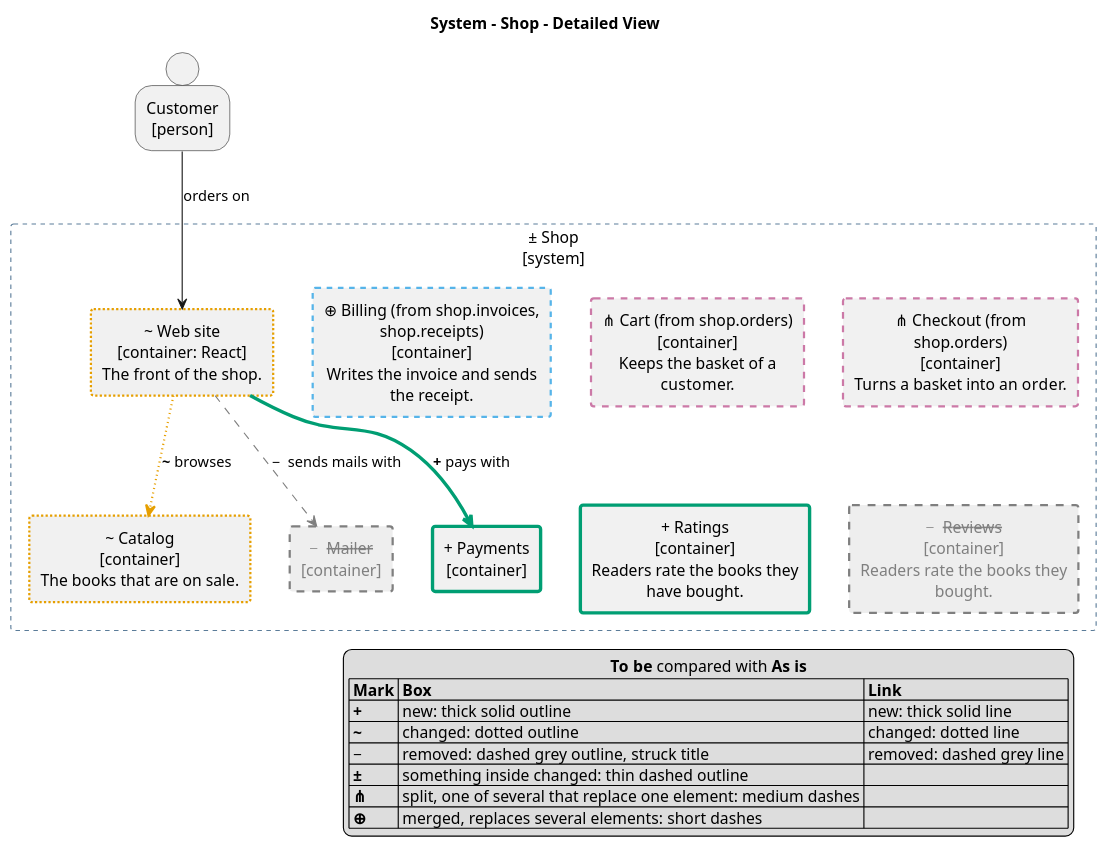
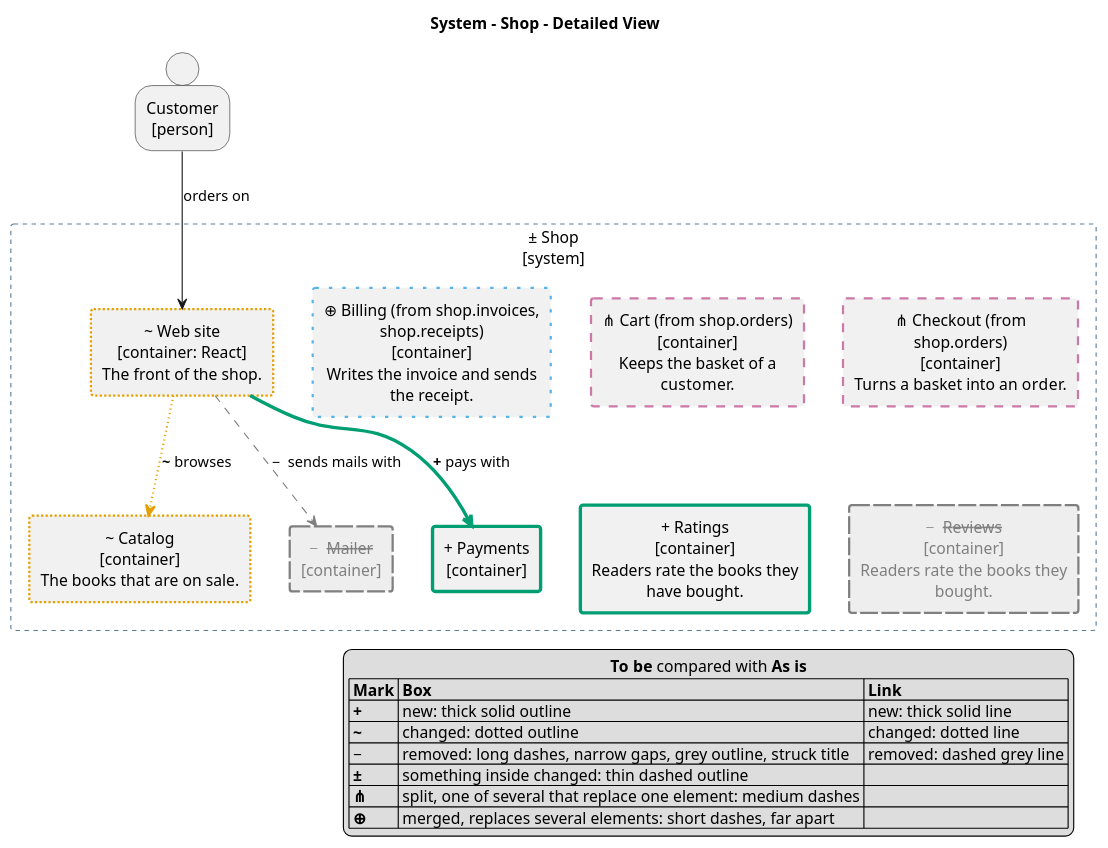
Before and after one commit to tmorin/archicode: the diagram in src/doc/examples/domain_plateaus/views-to-be-vs-as-is/plantuml/application/shop-detailed.puml, drawn with PlantUML. The commit also changed 17 other files, not shown here.

First line of the commit message:
feat: removed, split and merged are drawn with a dash and a gap that tell them apart (16-3, 8-8, 3-9) in the generated views and the editor, a style can carry a line-gap, and the keys and the manual say the same lines

```diff
--- a/src/doc/examples/domain_plateaus/views-to-be-vs-as-is/plantuml/application/shop-detailed.puml
+++ b/src/doc/examples/domain_plateaus/views-to-be-vs-as-is/plantuml/application/shop-detailed.puml
@@ -71,10 +71,10 @@
 |= Mark |= Box |= Link |
 | **+** | new: thick solid outline | new: thick solid line |
 | **<U+007E>** | changed: dotted outline | changed: dotted line |
-| **<U+2212>** | removed: dashed grey outline, struck title | removed: dashed grey line |
+| **<U+2212>** | removed: long dashes, narrow gaps, grey outline, struck title | removed: dashed grey line |
 | **<U+00B1>** | something inside changed: thin dashed outline | |
 | **<U+22D4>** | split, one of several that replace one element: medium dashes | |
-| **<U+2295>** | merged, replaces several elements: short dashes | |
+| **<U+2295>** | merged, replaces several elements: short dashes, far apart | |
 endlegend
 <style>
 .changed {
@@ -188,7 +188,7 @@
 .merged {
 actor {
 LineColor: #56B4E9
-LineStyle: 5
+LineStyle: 3-9
 LineThickness: 2
 }
 }
@@ -197,7 +197,7 @@
 .merged {
 card {
 LineColor: #56B4E9
-LineStyle: 5
+LineStyle: 3-9
 LineThickness: 2
 }
 }
@@ -206,7 +206,7 @@
 .merged {
 database {
 LineColor: #56B4E9
-LineStyle: 5
+LineStyle: 3-9
 LineThickness: 2
 }
 }
@@ -215,7 +215,7 @@
 .merged {
 node {
 LineColor: #56B4E9
-LineStyle: 5
+LineStyle: 3-9
 LineThickness: 2
 }
 }
@@ -224,7 +224,7 @@
 .merged {
 person {
 LineColor: #56B4E9
-LineStyle: 5
+LineStyle: 3-9
 LineThickness: 2
 }
 }
@@ -233,7 +233,7 @@
 .merged {
 rectangle {
 LineColor: #56B4E9
-LineStyle: 5
+LineStyle: 3-9
 LineThickness: 2
 }
 }
@@ -297,7 +297,7 @@
 actor {
 BackgroundColor: #EEEEEE
 LineColor: #7F7F7F
-LineStyle: 7
+LineStyle: 16-3
 LineThickness: 2
 FontColor: #7F7F7F
 }
@@ -308,7 +308,7 @@
 card {
 BackgroundColor: #EEEEEE
 LineColor: #7F7F7F
-LineStyle: 7
+LineStyle: 16-3
 LineThickness: 2
 FontColor: #7F7F7F
 }
@@ -319,7 +319,7 @@
 database {
 BackgroundColor: #EEEEEE
 LineColor: #7F7F7F
-LineStyle: 7
+LineStyle: 16-3
 LineThickness: 2
 FontColor: #7F7F7F
 }
@@ -330,7 +330,7 @@
 node {
 BackgroundColor: #EEEEEE
 LineColor: #7F7F7F
-LineStyle: 7
+LineStyle: 16-3
 LineThickness: 2
 FontColor: #7F7F7F
 }
@@ -341,7 +341,7 @@
 person {
 BackgroundColor: #EEEEEE
 LineColor: #7F7F7F
-LineStyle: 7
+LineStyle: 16-3
 LineThickness: 2
 FontColor: #7F7F7F
 }
@@ -352,7 +352,7 @@
 rectangle {
 BackgroundColor: #EEEEEE
 LineColor: #7F7F7F
-LineStyle: 7
+LineStyle: 16-3
 LineThickness: 2
 FontColor: #7F7F7F
 }
@@ -362,7 +362,7 @@
 .split {
 actor {
 LineColor: #CC79A7
-LineStyle: 6
+LineStyle: 8
 LineThickness: 2
 }
 }
@@ -371,7 +371,7 @@
 .split {
 card {
 LineColor: #CC79A7
-LineStyle: 6
+LineStyle: 8
 LineThickness: 2
 }
 }
@@ -380,7 +380,7 @@
 .split {
 database {
 LineColor: #CC79A7
-LineStyle: 6
+LineStyle: 8
 LineThickness: 2
 }
 }
@@ -389,7 +389,7 @@
 .split {
 node {
 LineColor: #CC79A7
-LineStyle: 6
+LineStyle: 8
 LineThickness: 2
 }
 }
@@ -398,7 +398,7 @@
 .split {
 person {
 LineColor: #CC79A7
-LineStyle: 6
+LineStyle: 8
 LineThickness: 2
 }
 }
@@ -407,7 +407,7 @@
 .split {
 rectangle {
 LineColor: #CC79A7
-LineStyle: 6
+LineStyle: 8
 LineThickness: 2
 }
 }
```
